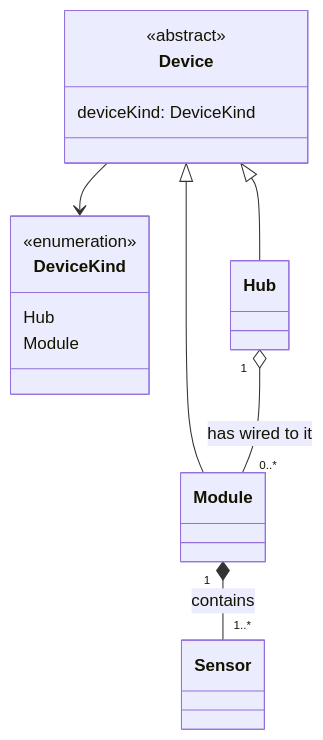
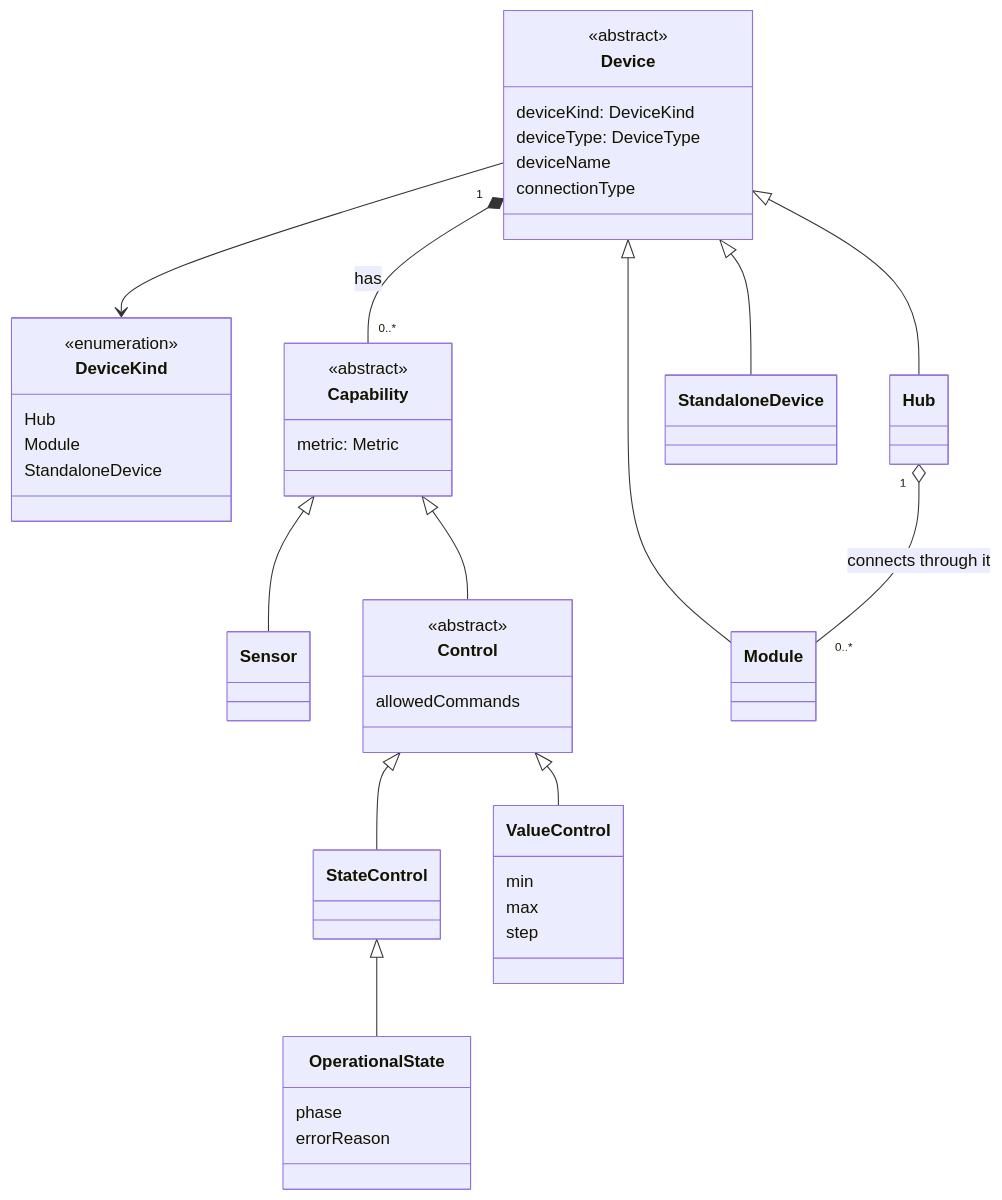
Before and after one commit to Detriz-dev/smart-home-kit: the second of 4 diagrams in kit/apps/docs-site/docs/domain-model/data-model.mdx, drawn with Mermaid. The commit also changed other lines of this file and 11 other files, not shown here.

````diff
--- a/kit/apps/docs-site/docs/domain-model/data-model.mdx
+++ b/kit/apps/docs-site/docs/domain-model/data-model.mdx
@@ -76,17 +75,46 @@
 ```mermaid
 classDiagram
     class Device {
         <<abstract>>
         deviceKind: DeviceKind
+        deviceType: DeviceType
+        deviceName
+        connectionType
     }
     class DeviceKind {
         <<enumeration>>
         Hub
         Module
+        StandaloneDevice
+    }
+    class Capability {
+        <<abstract>>
+        metric: Metric
+    }
+    class Sensor
+    class Control {
+        <<abstract>>
+        allowedCommands
+    }
+    class StateControl
+    class ValueControl {
+        min
+        max
+        step
+    }
+    class OperationalState {
+        phase
+        errorReason
     }
     Device <|-- Hub
     Device <|-- Module
+    Device <|-- StandaloneDevice
     Device --> DeviceKind
-    Hub "1" o-- "0..*" Module : has wired to it
-    Module "1" *-- "1..*" Sensor : contains
+    Hub "1" o-- "0..*" Module : connects through it
+    Device "1" *-- "0..*" Capability : has
+    Capability <|-- Sensor
+    Capability <|-- Control
+    Control <|-- StateControl
+    Control <|-- ValueControl
+    StateControl <|-- OperationalState
 ```
````
